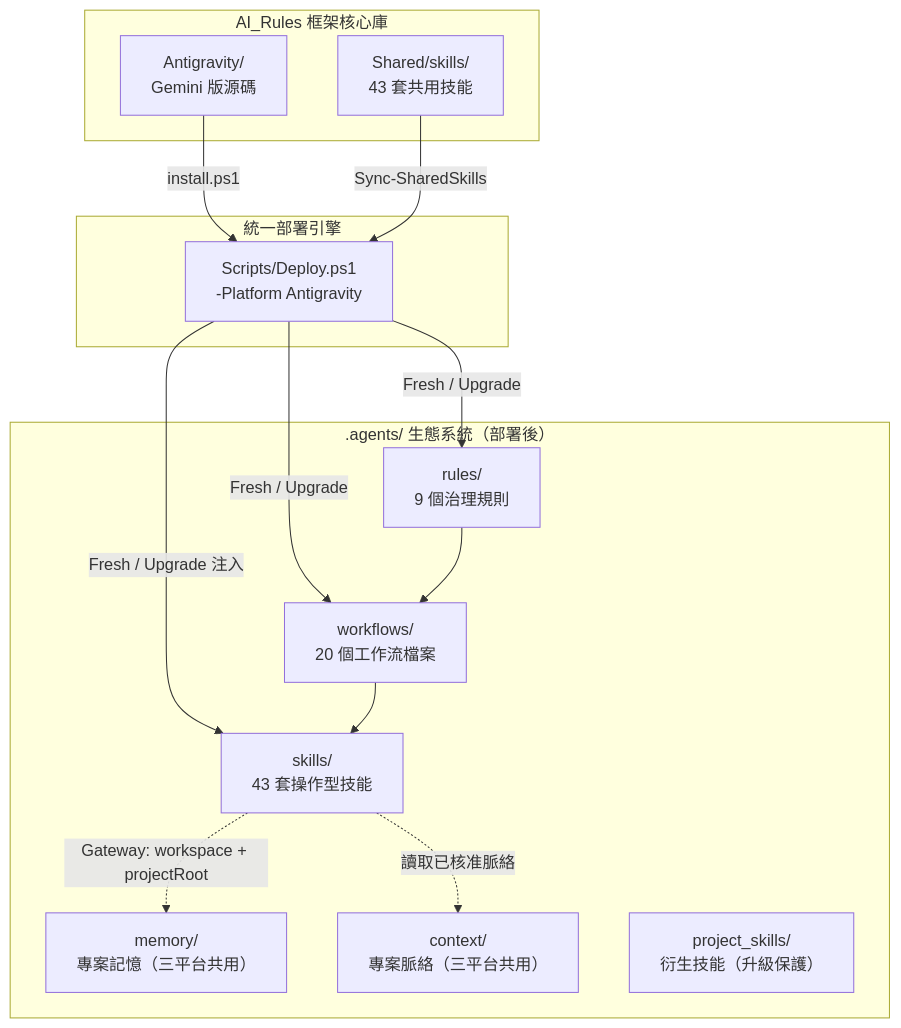
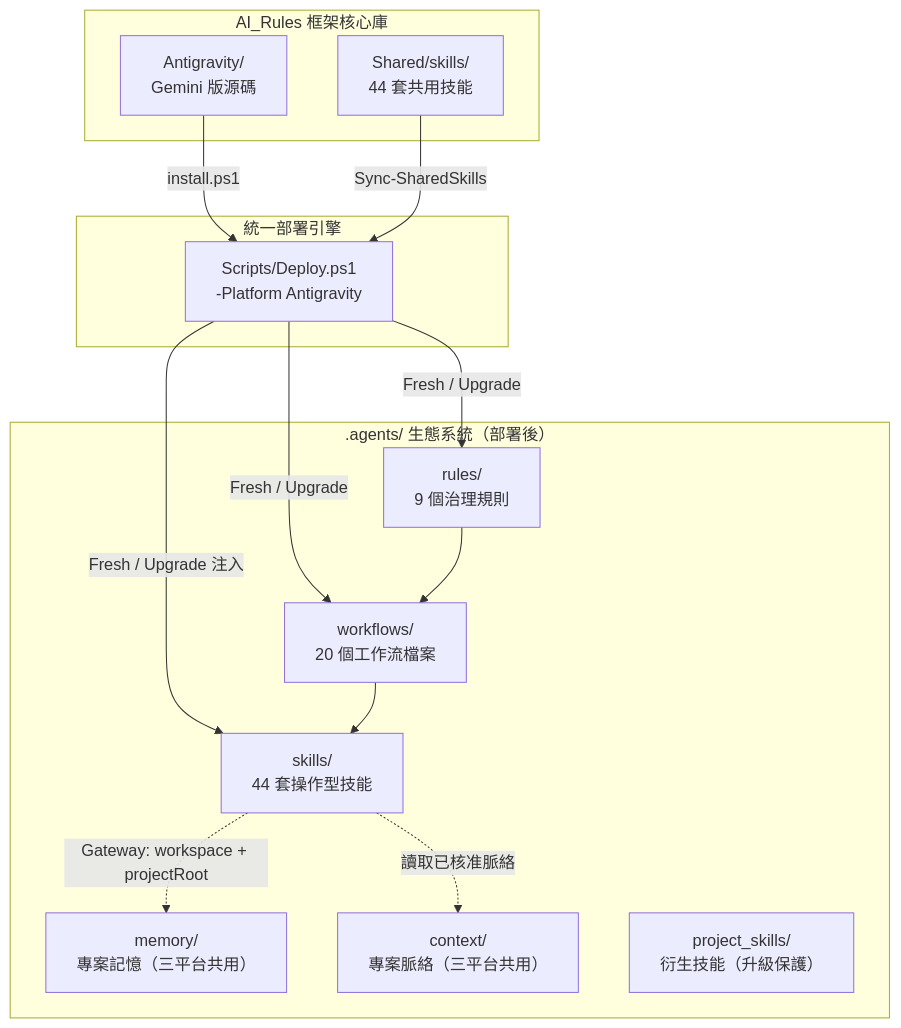
One commit to Kunshao1117/AI_Rules changed the first of 3 diagrams in Antigravity/README.md. Above: the diagram before and after it, drawn with Mermaid. The commit also changed other lines of this file and 85 other files, not shown here.

````diff
--- a/Antigravity/README.md
+++ b/Antigravity/README.md
@@ -82,30 +82,30 @@
 ```mermaid
 graph TB
     subgraph "AI_Rules 框架核心庫"
         SRC["Antigravity/<br/>Gemini 版源碼"]
-        SH["Shared/skills/<br/>43 套共用技能"]
+        SH["Shared/skills/<br/>44 套共用技能"]
     end
 
     subgraph "統一部署引擎"
         DEPLOY["Scripts/Deploy.ps1<br/>-Platform Antigravity"]
     end
 
     subgraph ".agents/ 生態系統（部署後）"
         RULES["rules/<br/>9 個治理規則"]
         WF["workflows/<br/>20 個工作流檔案"]
-        SKILLS["skills/<br/>43 套操作型技能"]
+        SKILLS["skills/<br/>44 套操作型技能"]
         MEM["memory/<br/>專案記憶（三平台共用）"]
         CTX["context/<br/>專案脈絡（三平台共用）"]
         PROJ["project_skills/<br/>衍生技能（升級保護）"]
     end
 
     SRC -->|"install.ps1"| DEPLOY
     SH -->|"Sync-SharedSkills"| DEPLOY
     DEPLOY -->|"Fresh / Upgrade"| RULES
     DEPLOY -->|"Fresh / Upgrade"| WF
     DEPLOY -->|"Fresh / Upgrade 注入"| SKILLS
     RULES --> WF
     WF --> SKILLS
     SKILLS -.->|"Gateway: workspace + projectRoot"| MEM
     SKILLS -.->|"讀取已核准脈絡"| CTX
 ```
````
